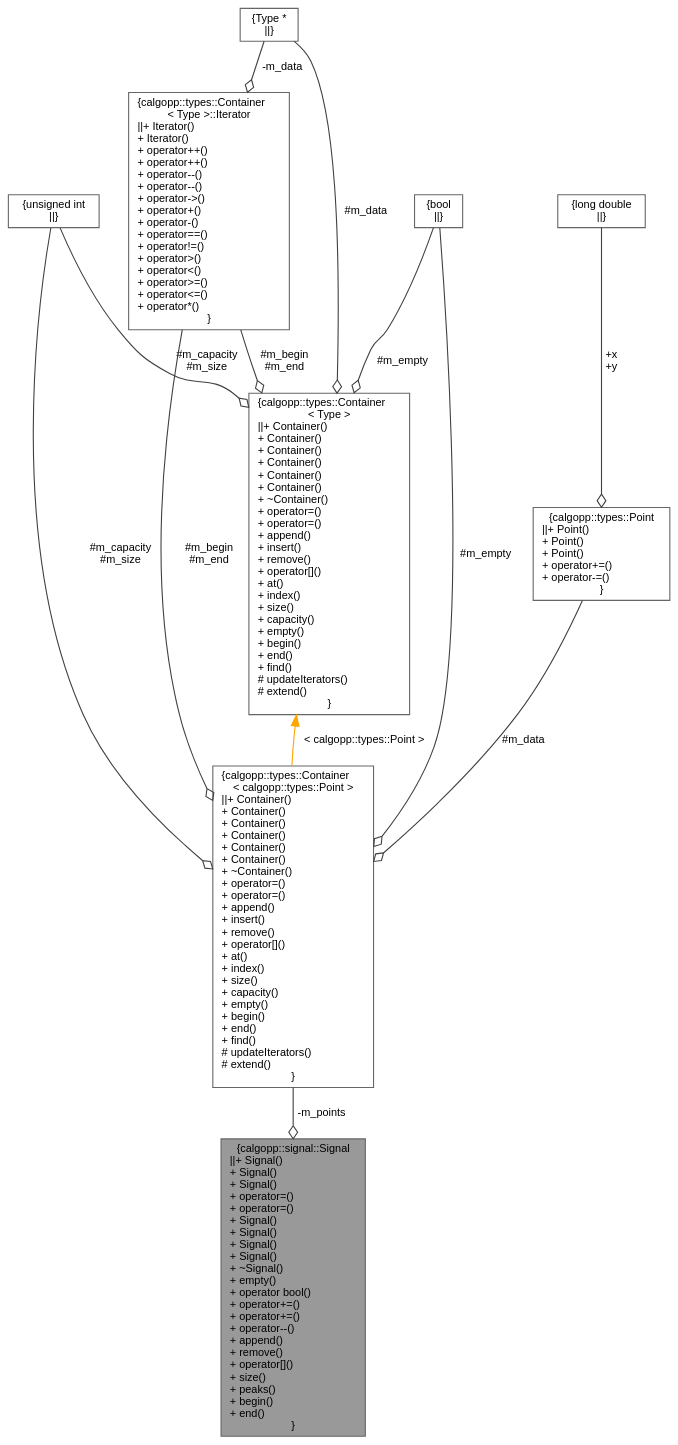
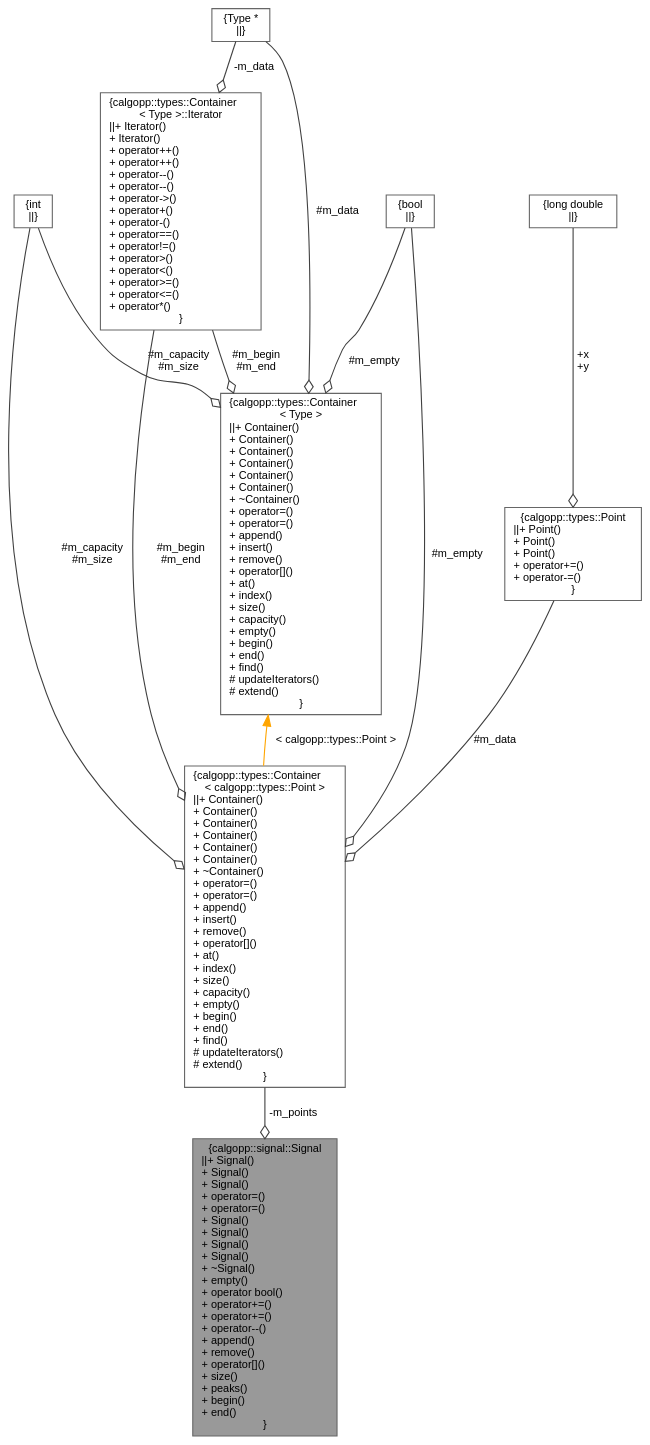
Before and after one commit to pawelekg95/algopp: the diagram in classcalgopp_1_1signal_1_1Signal__coll__graph.dot, drawn with Graphviz. The commit also changed 190 other files, not shown here.

```diff
--- a/classcalgopp_1_1signal_1_1Signal__coll__graph.dot
+++ b/classcalgopp_1_1signal_1_1Signal__coll__graph.dot
@@ -1,28 +1,28 @@
 digraph "calgopp::signal::Signal"
 {
  // LATEX_PDF_SIZE
   bgcolor="transparent";
   edge [fontname=Helvetica,fontsize=10,labelfontname=Helvetica,labelfontsize=10];
   node [fontname=Helvetica,fontsize=10,shape=box,height=0.2,width=0.4];
   Node1 [label="{calgopp::signal::Signal\n||+ Signal()\l+ Signal()\l+ Signal()\l+ operator=()\l+ operator=()\l+ Signal()\l+ Signal()\l+ Signal()\l+ Signal()\l+ ~Signal()\l+ empty()\l+ operator bool()\l+ operator+=()\l+ operator+=()\l+ operator--()\l+ append()\l+ remove()\l+ operator[]()\l+ size()\l+ peaks()\l+ begin()\l+ end()\l}",height=0.2,width=0.4,color="gray40", fillcolor="grey60", style="filled", fontcolor="black",tooltip=" "];
   Node2 -> Node1 [color="grey25",style="solid",label=" -m_points" ,arrowhead="odiamond"];
   Node2 [label="{calgopp::types::Container\l\< calgopp::types::Point \>\n||+ Container()\l+ Container()\l+ Container()\l+ Container()\l+ Container()\l+ Container()\l+ ~Container()\l+ operator=()\l+ operator=()\l+ append()\l+ insert()\l+ remove()\l+ operator[]()\l+ at()\l+ index()\l+ size()\l+ capacity()\l+ empty()\l+ begin()\l+ end()\l+ find()\l# updateIterators()\l# extend()\l}",height=0.2,width=0.4,color="gray40", fillcolor="white", style="filled",URL="$classcalgopp_1_1types_1_1Container.html",tooltip=" "];
   Node3 -> Node2 [color="grey25",style="solid",label=" #m_capacity\n#m_size" ,arrowhead="odiamond"];
-  Node3 [label="{unsigned int\n||}",height=0.2,width=0.4,color="gray40", fillcolor="white", style="filled",tooltip=" "];
+  Node3 [label="{int\n||}",height=0.2,width=0.4,color="gray40", fillcolor="white", style="filled",tooltip=" "];
   Node4 -> Node2 [color="grey25",style="solid",label=" #m_empty" ,arrowhead="odiamond"];
   Node4 [label="{bool\n||}",height=0.2,width=0.4,color="gray40", fillcolor="white", style="filled",URL="$classbool.html",tooltip=" "];
   Node5 -> Node2 [color="grey25",style="solid",label=" #m_data" ,arrowhead="odiamond"];
   Node5 [label="{calgopp::types::Point\n||+ Point()\l+ Point()\l+ Point()\l+ operator+=()\l+ operator-=()\l}",height=0.2,width=0.4,color="gray40", fillcolor="white", style="filled",URL="$structcalgopp_1_1types_1_1Point.html",tooltip=" "];
   Node6 -> Node5 [color="grey25",style="solid",label=" +x\n+y" ,arrowhead="odiamond"];
   Node6 [label="{long double\n||}",height=0.2,width=0.4,color="gray40", fillcolor="white", style="filled",tooltip=" "];
   Node7 -> Node2 [color="grey25",style="solid",label=" #m_begin\n#m_end" ,arrowhead="odiamond"];
   Node7 [label="{calgopp::types::Container\l\< Type \>::Iterator\n||+ Iterator()\l+ Iterator()\l+ operator++()\l+ operator++()\l+ operator--()\l+ operator--()\l+ operator-\>()\l+ operator+()\l+ operator-()\l+ operator==()\l+ operator!=()\l+ operator\>()\l+ operator\<()\l+ operator\>=()\l+ operator\<=()\l+ operator*()\l}",height=0.2,width=0.4,color="gray40", fillcolor="white", style="filled",URL="$classcalgopp_1_1types_1_1Container_1_1Iterator.html",tooltip=" "];
   Node8 -> Node7 [color="grey25",style="solid",label=" -m_data" ,arrowhead="odiamond"];
   Node8 [label="{Type *\n||}",height=0.2,width=0.4,color="gray40", fillcolor="white", style="filled",tooltip=" "];
   Node9 -> Node2 [dir="back",color="orange",style="solid",label=" \< calgopp::types::Point \>" ];
   Node9 [label="{calgopp::types::Container\l\< Type \>\n||+ Container()\l+ Container()\l+ Container()\l+ Container()\l+ Container()\l+ Container()\l+ ~Container()\l+ operator=()\l+ operator=()\l+ append()\l+ insert()\l+ remove()\l+ operator[]()\l+ at()\l+ index()\l+ size()\l+ capacity()\l+ empty()\l+ begin()\l+ end()\l+ find()\l# updateIterators()\l# extend()\l}",height=0.2,width=0.4,color="gray40", fillcolor="white", style="filled",URL="$classcalgopp_1_1types_1_1Container.html",tooltip=" "];
   Node3 -> Node9 [color="grey25",style="solid",label=" #m_capacity\n#m_size" ,arrowhead="odiamond"];
   Node4 -> Node9 [color="grey25",style="solid",label=" #m_empty" ,arrowhead="odiamond"];
   Node8 -> Node9 [color="grey25",style="solid",label=" #m_data" ,arrowhead="odiamond"];
   Node7 -> Node9 [color="grey25",style="solid",label=" #m_begin\n#m_end" ,arrowhead="odiamond"];
 }
```
